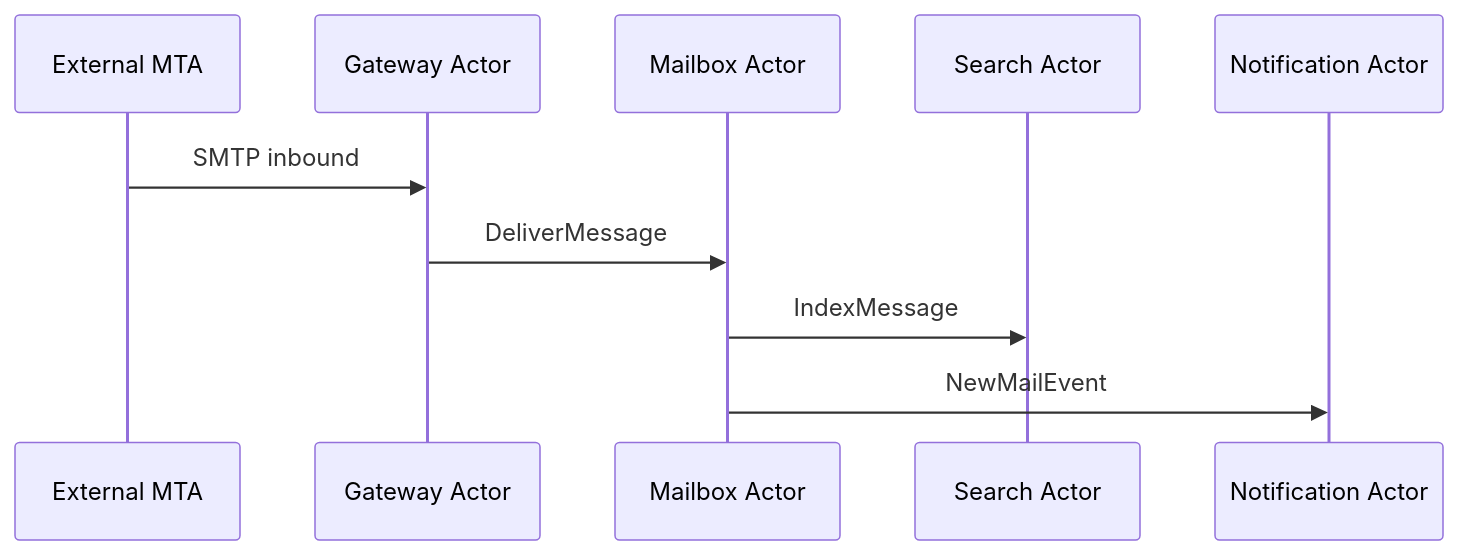
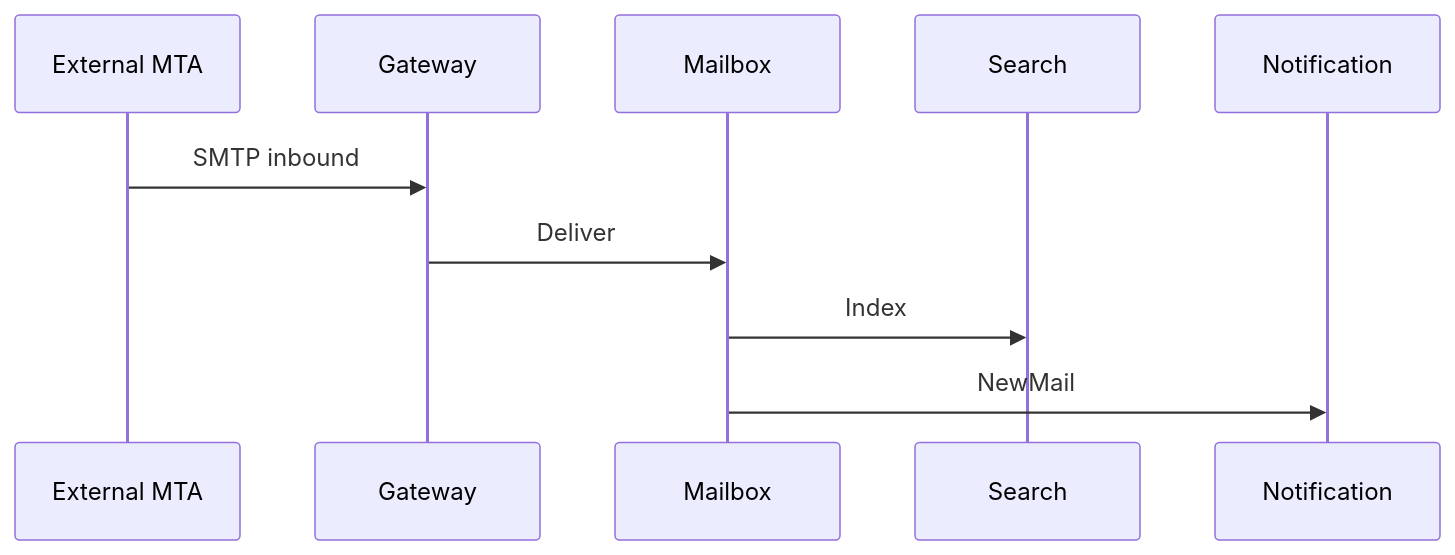
The second of 4 diagrams in docs/kb/agent-actor-model/email-use-case.md (DBJARH/DBJ_METHOD_STG), drawn with Mermaid before and after one commit. The commit also changed other lines of this file and 1 other file, not shown here.

````diff
--- a/docs/kb/agent-actor-model/email-use-case.md
+++ b/docs/kb/agent-actor-model/email-use-case.md
@@ -101,13 +123,13 @@
 ```mermaid
 sequenceDiagram
     participant EXT as External MTA
-    participant GW as Gateway Actor
-    participant MB as Mailbox Actor
-    participant SR as Search Actor
-    participant NT as Notification Actor
+    participant GW as Gateway
+    participant MB as Mailbox
+    participant SR as Search
+    participant NT as Notification
 
     EXT->>GW: SMTP inbound
-    GW->>MB: DeliverMessage
-    MB->>SR: IndexMessage
-    MB->>NT: NewMailEvent
+    GW->>MB: Deliver
+    MB->>SR: Index
+    MB->>NT: NewMail
 ```
````
